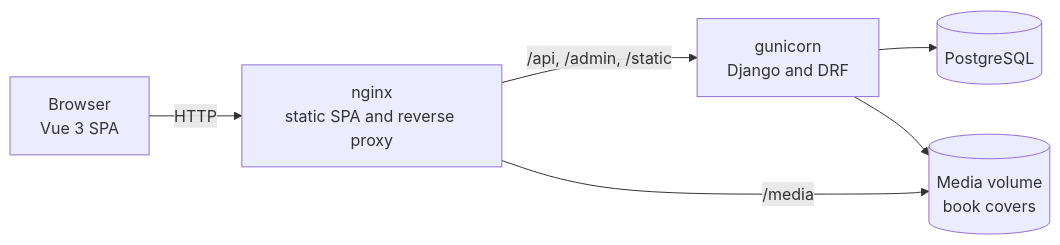
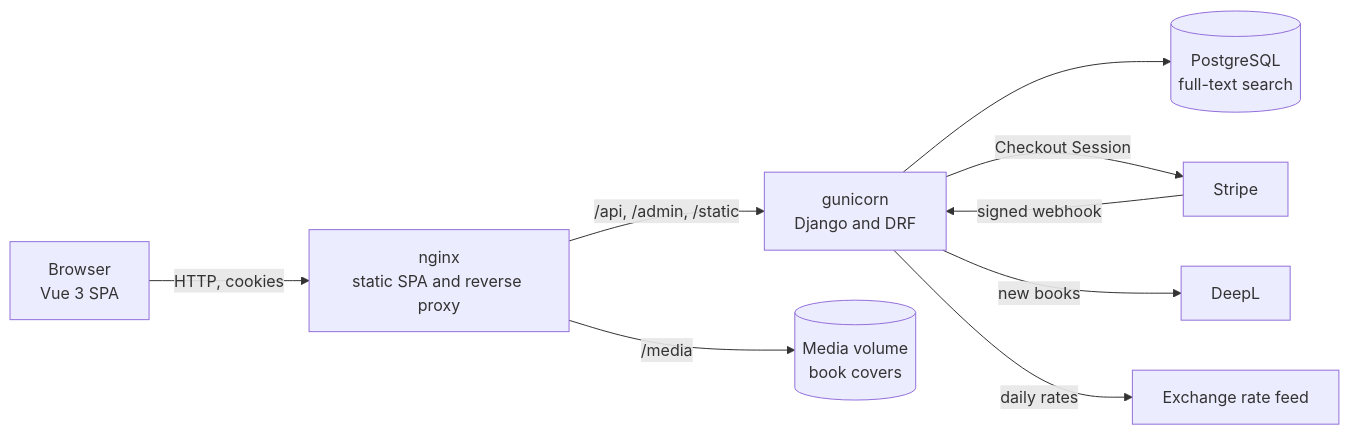
The diagram in README.md (DogNellaf/verso-bookshop), drawn with Mermaid before and after one commit. The commit also changed other lines of this file and 3 other files, not shown here.

````diff
--- a/README.md
+++ b/README.md
@@ -130,8 +155,11 @@
 ```mermaid
 flowchart LR
-    U[Browser<br/>Vue 3 SPA] -->|HTTP| N[nginx<br/>static SPA and reverse proxy]
+    U[Browser<br/>Vue 3 SPA] -->|HTTP, cookies| N[nginx<br/>static SPA and reverse proxy]
     N -->|/api, /admin, /static| G[gunicorn<br/>Django and DRF]
     N -->|/media| M[(Media volume<br/>book covers)]
-    G --> P[(PostgreSQL)]
-    G --> M
+    G --> P[(PostgreSQL<br/>full-text search)]
+    G -->|Checkout Session| S[Stripe]
+    S -->|signed webhook| G
+    G -->|new books| D[DeepL]
+    G -->|daily rates| R[Exchange rate feed]
 ```
````
